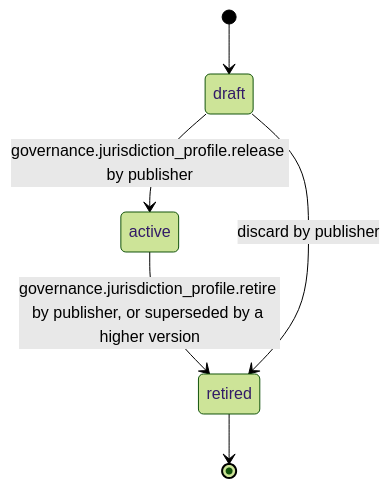
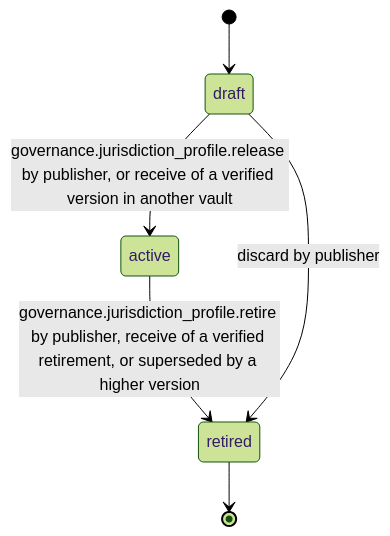
The first of 2 diagrams in 18_Governance/01_policy/mod_jurisdictions/workflow_state_machine.md (djshellshoxxx/CLASSifiedisRUPTed), drawn with Mermaid (forest theme) before and after one commit. The commit also changed other lines of this file and 64 other files, not shown here.

````diff
--- a/18_Governance/01_policy/mod_jurisdictions/workflow_state_machine.md
+++ b/18_Governance/01_policy/mod_jurisdictions/workflow_state_machine.md
@@ -25,8 +26,8 @@
 ```mermaid
 stateDiagram-v2
   [*] --> draft
-  draft --> active: governance.jurisdiction_profile.release by publisher
-  active --> retired: governance.jurisdiction_profile.retire by publisher, or superseded by a higher version
+  draft --> active: governance.jurisdiction_profile.release by publisher, or receive of a verified version in another vault
+  active --> retired: governance.jurisdiction_profile.retire by publisher, receive of a verified retirement, or superseded by a higher version
   draft --> retired: discard by publisher
   retired --> [*]
 ```
````
